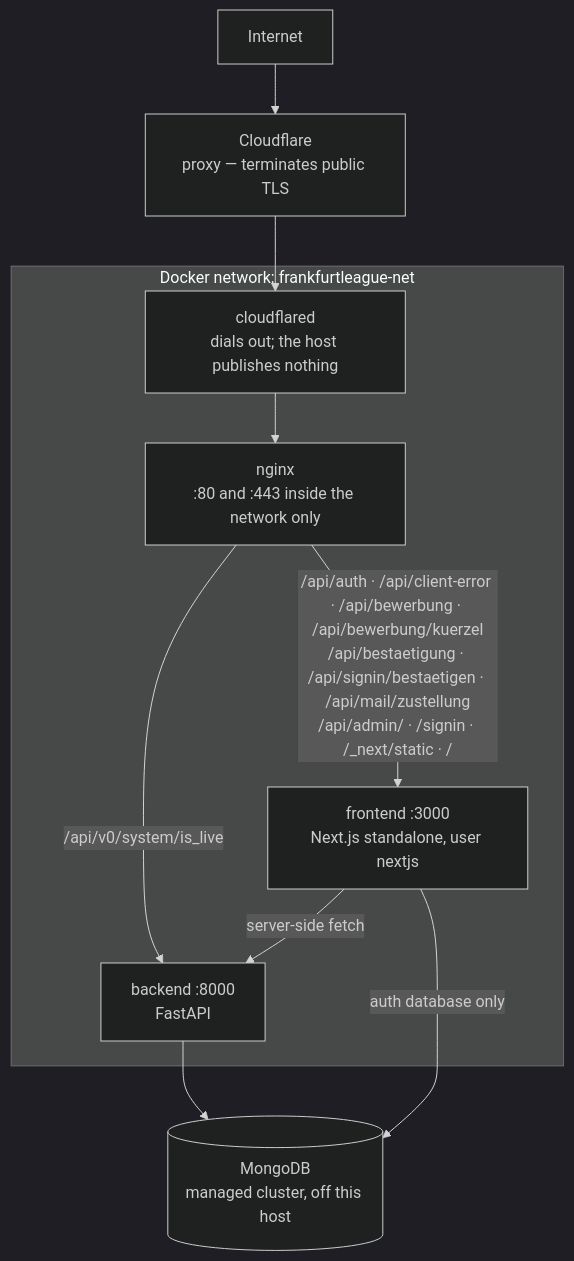
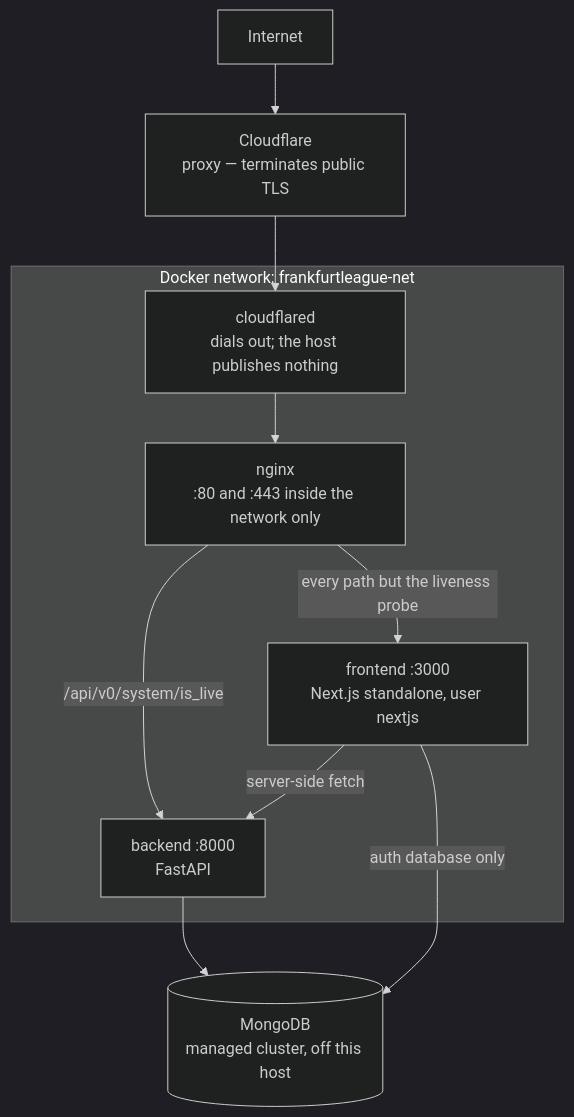
Before and after one commit to felzab/frankfurtleague: the diagram in docs/ops/overview.md, drawn with Mermaid (dark theme). The commit also changed 102 other files, not shown here.

````diff
--- a/docs/ops/overview.md
+++ b/docs/ops/overview.md
@@ -11,23 +11,23 @@
 ```mermaid
 graph TB
     internet["Internet"]
     cf["Cloudflare<br/>proxy — terminates public TLS"]
 
     subgraph net["Docker network: frankfurtleague-net"]
         connector["cloudflared<br/>dials out; the host publishes nothing"]
         nginx["nginx<br/>:80 and :443 inside the network only"]
         fe["frontend :3000<br/>Next.js standalone, user nextjs"]
         be["backend :8000<br/>FastAPI"]
     end
 
     mongo[("MongoDB<br/>managed cluster, off this host")]
 
     internet --> cf
     cf --> connector
     connector --> nginx
     nginx -->|"/api/v0/system/is_live"| be
-    nginx -->|"/api/auth · /api/client-error · /api/bewerbung · /api/bewerbung/kuerzel<br/>/api/bestaetigung · /api/signin/bestaetigen · /api/mail/zustellung<br/>/api/admin/ · /signin · /_next/static · /"| fe
+    nginx -->|"every path but the liveness probe"| fe
     fe -->|"server-side fetch"| be
     fe -->|"auth database only"| mongo
     be --> mongo
 ```
````
